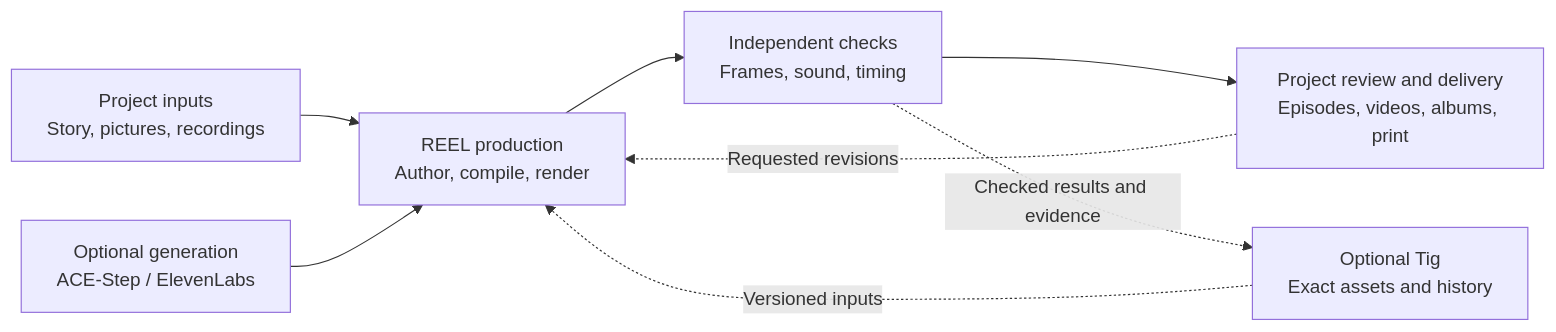
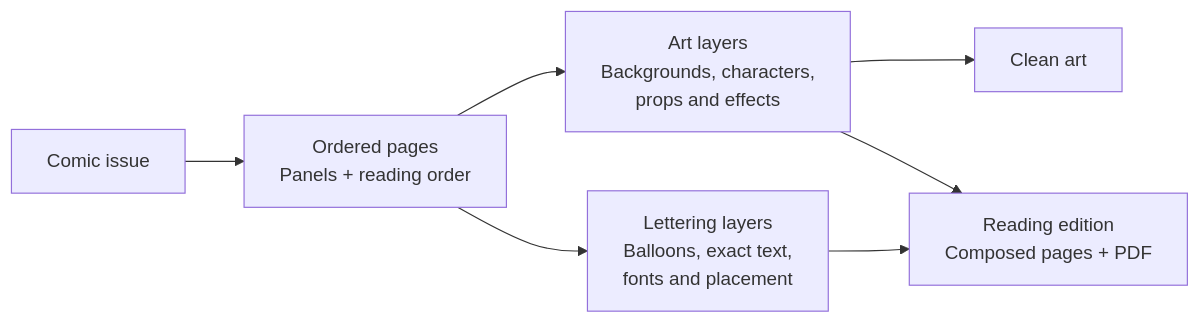
The second of 2 diagrams in README.md (giodl73-repo/REEL), drawn with Mermaid before and after one commit. The commit also changed other lines of this file, not shown here.

Commit message:
Explain episode triggers and comic layers with git-asset branding

````diff
--- a/README.md
+++ b/README.md
@@ -43,16 +94,9 @@
 ```mermaid
 flowchart LR
-    project["Project inputs<br/>Story, pictures, recordings"]
-    providers["Optional generation<br/>ACE-Step / ElevenLabs"]
-    production["REEL production<br/>Author, compile, render"]
-    check["Independent checks<br/>Frames, sound, timing"]
-    review["Project review and delivery<br/>Episodes, videos, albums, print"]
-    tig["Optional Tig<br/>Exact assets and history"]
-
-    project --> production
-    providers --> production
-    production --> check --> review
-    review -. "Requested revisions" .-> production
-    tig -. "Versioned inputs" .-> production
-    check -. "Checked results and evidence" .-> tig
+    issue["Comic issue"] --> page["Ordered pages<br/>Panels + reading order"]
+    page --> art["Art layers<br/>Backgrounds, characters,<br/>props and effects"]
+    page --> lettering["Lettering layers<br/>Balloons, exact text,<br/>fonts and placement"]
+    art --> clean["Clean art"]
+    art --> reading["Reading edition<br/>Composed pages + PDF"]
+    lettering --> reading
 ```
````
